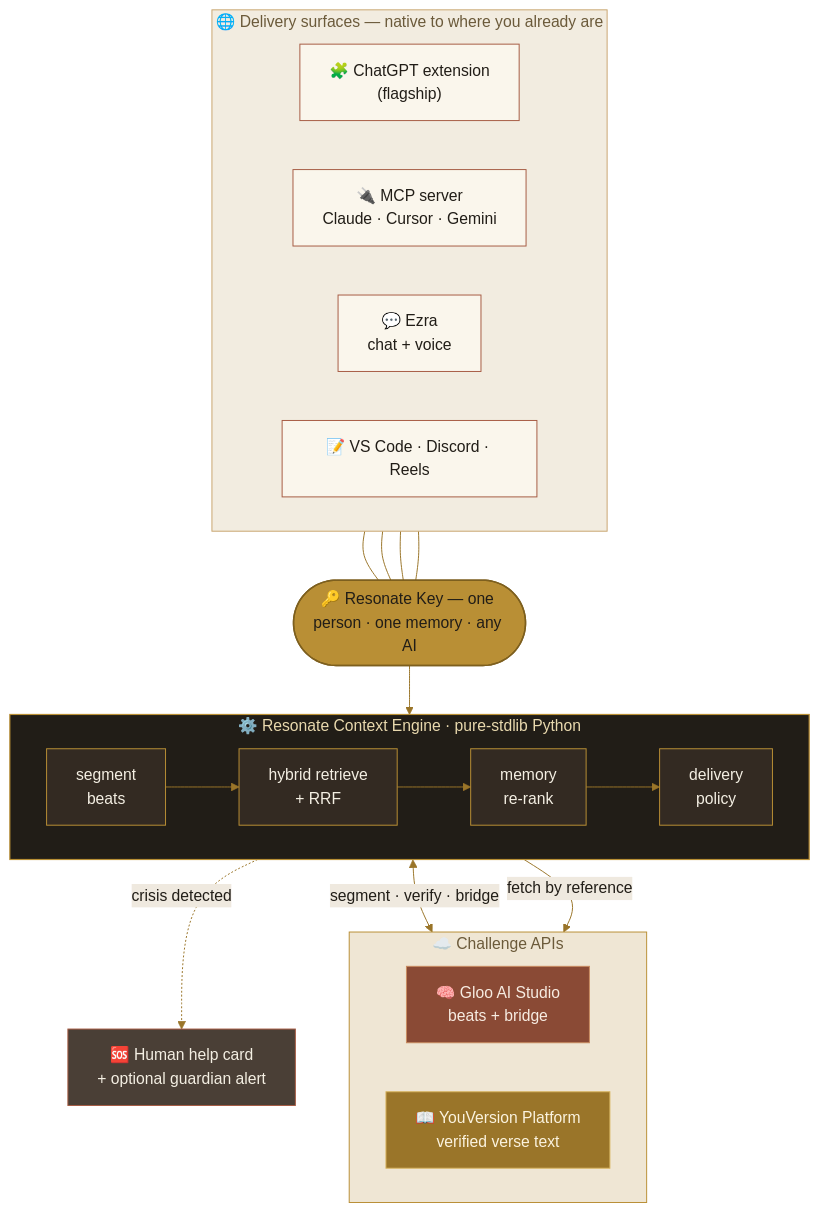
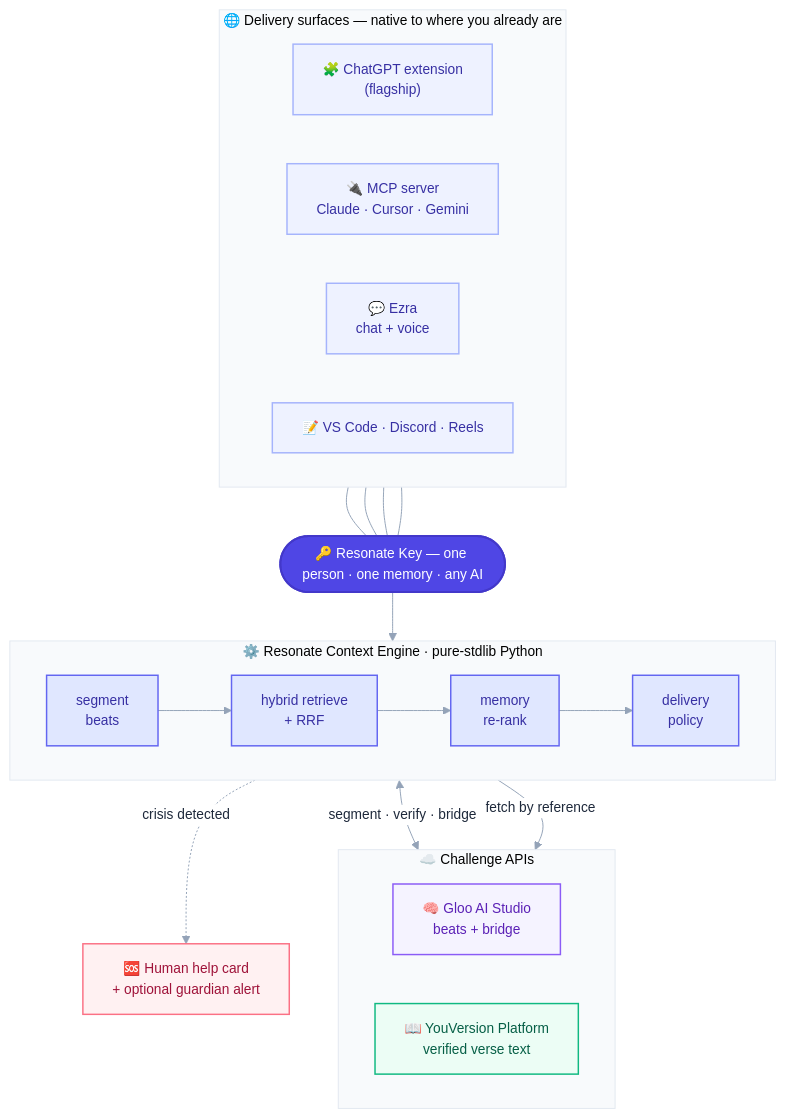
Before and after one commit to krizz711/resonate: the first of 3 diagrams in README.md, drawn with Mermaid. The commit also changed other lines of this file, not shown here.

First line of the commit message:
README: cleaner, modern diagram palette (semantic, not warm)

````diff
--- a/README.md
+++ b/README.md
@@ -80,49 +80,46 @@
 ```mermaid
-%%{init: {'theme':'base','themeVariables':{'fontFamily':'Georgia, serif','lineColor':'#9a7529','primaryColor':'#faf6ec','primaryTextColor':'#211d17','primaryBorderColor':'#a65b43','edgeLabelBackground':'#efe9df'}}}%%
+%%{init: {'theme':'base','themeVariables':{'fontFamily':'ui-sans-serif, system-ui, -apple-system, Segoe UI, sans-serif','fontSize':'14px','lineColor':'#94a3b8','primaryColor':'#f1f5f9','primaryTextColor':'#1e293b','primaryBorderColor':'#cbd5e1','clusterBkg':'#f8fafc','clusterBorder':'#e2e8f0','edgeLabelBackground':'#ffffff'}}}%%
 flowchart TB
     subgraph S["🌐 Delivery surfaces — native to where you already are"]
         direction LR
         EXT["🧩 ChatGPT extension<br/>(flagship)"]
         MCP["🔌 MCP server<br/>Claude · Cursor · Gemini"]
         EZRA["💬 Ezra<br/>chat + voice"]
         MORE["📝 VS Code · Discord · Reels"]
     end
 
     KEY(["🔑 Resonate Key — one person · one memory · any AI"])
 
     subgraph E["⚙️ Resonate Context Engine · pure-stdlib Python"]
         direction LR
         SEG["segment<br/>beats"] --> RET["hybrid retrieve<br/>+ RRF"] --> MEM["memory<br/>re-rank"] --> POL["delivery<br/>policy"]
     end
 
     subgraph A["☁️ Challenge APIs"]
         direction LR
         GLOO["🧠 Gloo AI Studio<br/>beats + bridge"]
         YV["📖 YouVersion Platform<br/>verified verse text"]
     end
 
     EXT --- KEY
     MCP --- KEY
     EZRA --- KEY
     MORE --- KEY
     KEY --> E
     E <-->|"segment · verify · bridge"| GLOO
     E -->|"fetch by reference"| YV
     E -.->|"crisis detected"| HELP["🆘 Human help card<br/>+ optional guardian alert"]
 
-    classDef surface fill:#faf6ec,stroke:#a65b43,stroke-width:1px,color:#211d17;
-    classDef key fill:#b98f35,stroke:#7d5f1e,stroke-width:1.5px,color:#211d17;
-    classDef engine fill:#332a22,stroke:#b98f35,stroke-width:1px,color:#f4efe3;
-    classDef gloo fill:#8a4a35,stroke:#c98b5f,stroke-width:1px,color:#f7ece2;
-    classDef yv fill:#9a7529,stroke:#d8b45f,stroke-width:1px,color:#fbf3df;
-    classDef help fill:#4a3f36,stroke:#a65b43,stroke-width:1px,color:#f4efe3;
+    classDef surface fill:#eef2ff,stroke:#a5b4fc,stroke-width:1.5px,color:#3730a3;
+    classDef key fill:#4f46e5,stroke:#4338ca,stroke-width:2px,color:#ffffff;
+    classDef engine fill:#e0e7ff,stroke:#6366f1,stroke-width:1.5px,color:#3730a3;
+    classDef gloo fill:#f5f3ff,stroke:#8b5cf6,stroke-width:1.5px,color:#5b21b6;
+    classDef yv fill:#ecfdf5,stroke:#10b981,stroke-width:1.5px,color:#065f46;
+    classDef help fill:#fff1f2,stroke:#fb7185,stroke-width:1.5px,color:#9f1239;
     class EXT,MCP,EZRA,MORE surface;
     class KEY key;
     class SEG,RET,MEM,POL engine;
     class GLOO gloo;
     class YV yv;
     class HELP help;
-    style S fill:#f2ece0,stroke:#c9a56f,stroke-width:1px,color:#6b5a3a;
-    style E fill:#211d17,stroke:#b98f35,stroke-width:1.2px,color:#e9d9ae;
-    style A fill:#efe6d4,stroke:#b98f35,stroke-width:1px,color:#6b5a3a;
 ```
````
